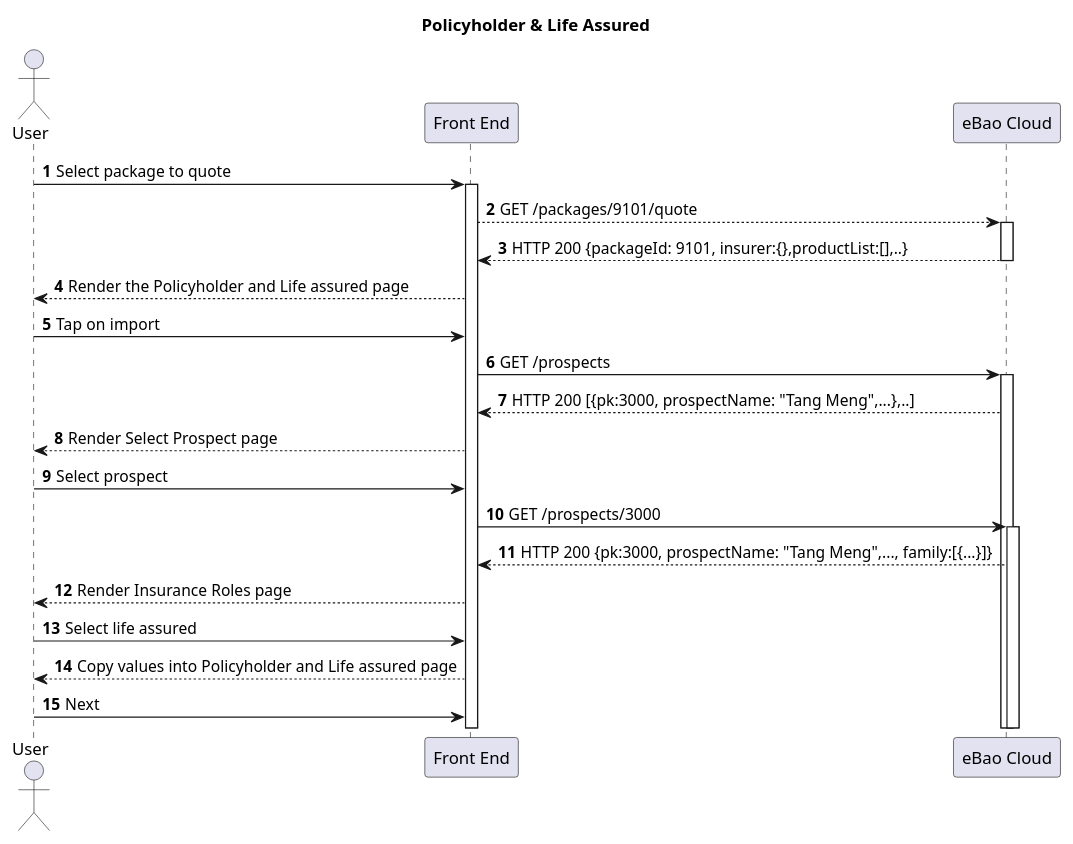
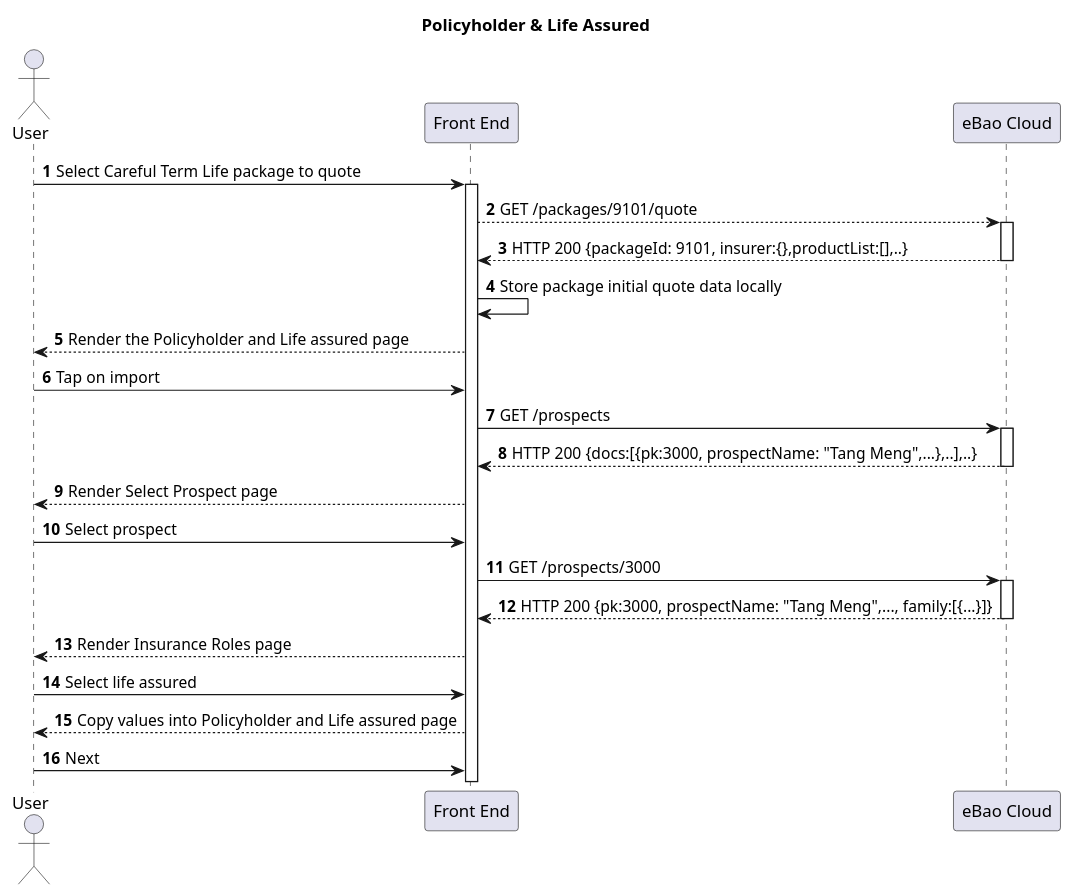
One commit to yitchoong/cloudapi changed the fifth of 12 diagrams in markdown/products-2.md. Above: the diagram before and after it, drawn with PlantUML. The commit also changed other lines of this file and 41 other files, not shown here.

````diff
--- a/markdown/products-2.md
+++ b/markdown/products-2.md
@@ -247,29 +247,32 @@
 ```puml
 title **Policyholder & Life Assured**
 actor "User" as user
 participant "Front End" as front
 participant "eBao Cloud" as ebao
 autonumber
 
-user -> front : Select package to quote
+user -> front : Select Careful Term Life package to quote
 activate front
 front --> ebao : GET /packages/9101/quote
 activate ebao
 ebao --> front : HTTP 200 {packageId: 9101, insurer:{},productList:[],..}
 deactivate ebao
+front -> front : Store package initial quote data locally
 front --> user : Render the Policyholder and Life assured page
 user -> front : Tap on import
 front -> ebao: GET /prospects
 activate ebao
-ebao --> front : HTTP 200 [{pk:3000, prospectName: "Tang Meng",...},..]
+ebao --> front : HTTP 200 {docs:[{pk:3000, prospectName: "Tang Meng",...},..],..}
+deactivate ebao
 front --> user : Render Select Prospect page
 user -> front : Select prospect
 front -> ebao : GET /prospects/3000
 activate ebao
 ebao --> front : HTTP 200 {pk:3000, prospectName: "Tang Meng",..., family:[{...}]}
+deactivate ebao
 front --> user : Render Insurance Roles page
 user -> front : Select life assured
 front --> user : Copy values into Policyholder and Life assured page
 user -> front : Next
 
 ```
````
